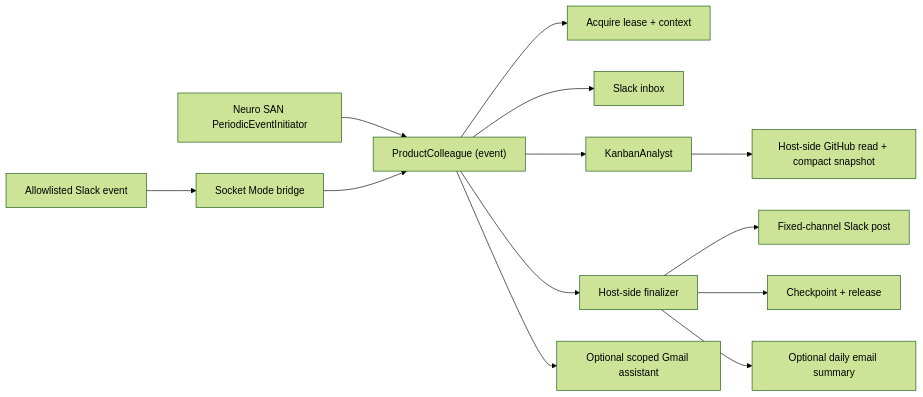
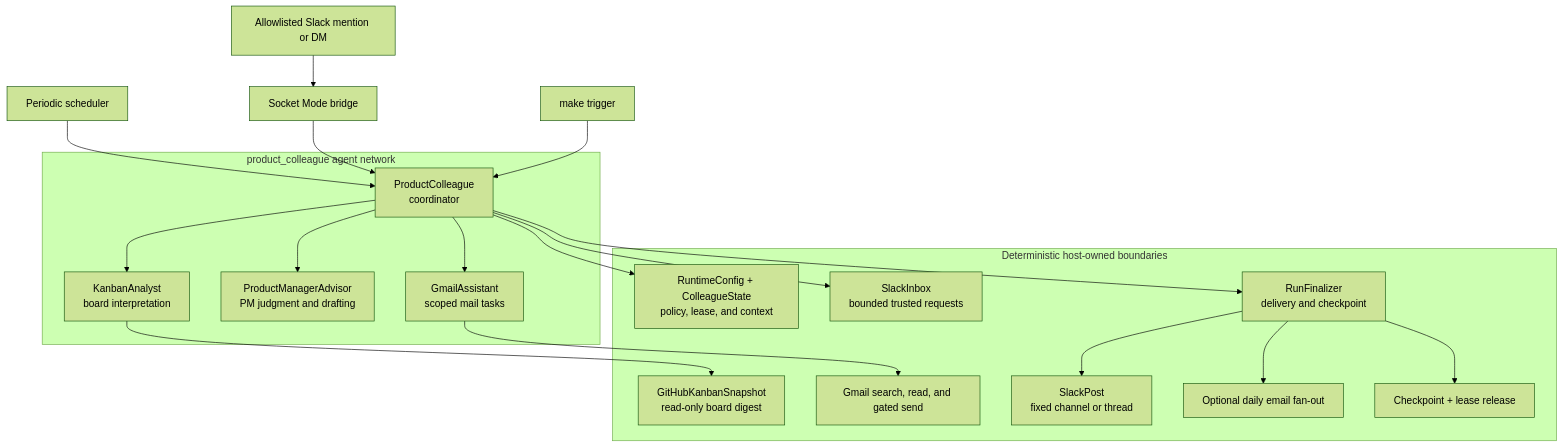
Before and after one commit to babakatwork/neuro-san-pm: the diagram in README.md, drawn with Mermaid (forest theme). The commit also changed other lines of this file and 11 other files, not shown here.

````diff
--- a/README.md
+++ b/README.md
@@ -37,14 +39,37 @@
 ```mermaid
-flowchart LR
-    Cron["Neuro SAN PeriodicEventInitiator"] --> Event["ProductColleague (event)"]
-    SlackEvent["Allowlisted Slack event"] --> Bridge["Socket Mode bridge"] --> Event
-    Event --> Gate["Acquire lease + context"]
-    Event --> Inbox["Slack inbox"]
-    Event --> Analyst["KanbanAnalyst"]
-    Analyst --> Snapshot["Host-side GitHub read + compact snapshot"]
-    Event --> Finalizer["Host-side finalizer"]
-    Finalizer --> Post["Fixed-channel Slack post"]
-    Finalizer --> Checkpoint["Checkpoint + release"]
-    Finalizer --> Gmail["Optional daily email summary"]
-    Event --> GmailAssistant["Optional scoped Gmail assistant"]
+flowchart TB
+    Cron["Periodic scheduler"] --> Colleague
+    Slack["Allowlisted Slack mention or DM"] --> Bridge["Socket Mode bridge"] --> Colleague
+    Manual["make trigger"] --> Colleague
+
+    subgraph Network["product_colleague agent network"]
+        Colleague["ProductColleague<br/>coordinator"]
+        Analyst["KanbanAnalyst<br/>board interpretation"]
+        Advisor["ProductManagerAdvisor<br/>PM judgment and drafting"]
+        GmailAgent["GmailAssistant<br/>scoped mail tasks"]
+
+        Colleague --> Analyst
+        Colleague --> Advisor
+        Colleague --> GmailAgent
+    end
+
+    subgraph Boundaries["Deterministic host-owned boundaries"]
+        Runtime["RuntimeConfig + ColleagueState<br/>policy, lease, and context"]
+        Inbox["SlackInbox<br/>bounded trusted requests"]
+        Snapshot["GitHubKanbanSnapshot<br/>read-only board digest"]
+        GmailTools["Gmail search, read, and gated send"]
+        Finalizer["RunFinalizer<br/>delivery and checkpoint"]
+        SlackPost["SlackPost<br/>fixed channel or thread"]
+        DailyMail["Optional daily email fan-out"]
+        State["Checkpoint + lease release"]
+    end
+
+    Colleague --> Runtime
+    Colleague --> Inbox
+    Analyst --> Snapshot
+    GmailAgent --> GmailTools
+    Colleague --> Finalizer
+    Finalizer --> SlackPost
+    Finalizer --> DailyMail
+    Finalizer --> State
 ```
````
